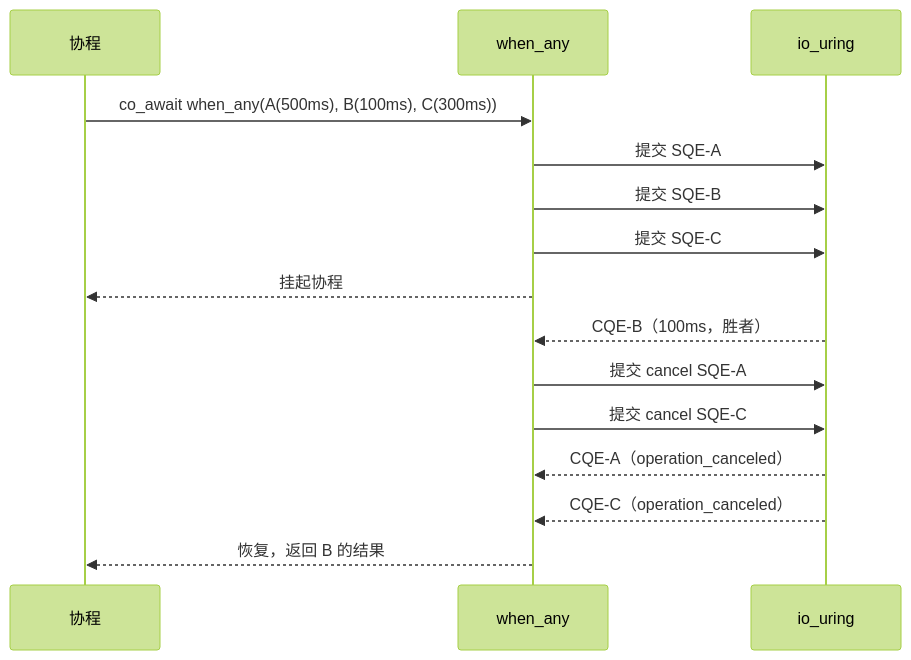
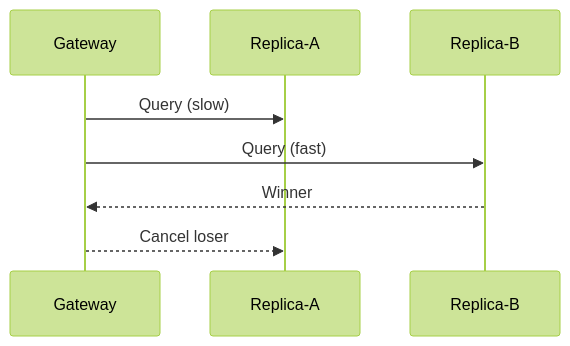
Before and after one commit to Doomjustin/blog: the first of 2 diagrams in docs/tutorial/09_when_any.md, drawn with Mermaid (forest theme). The commit also changed other lines of this file and 16 other files, not shown here.

````diff
--- a/docs/tutorial/09_when_any.md
+++ b/docs/tutorial/09_when_any.md
@@ -172,19 +17,11 @@
 ```mermaid
 sequenceDiagram
-    participant C as 协程
-    participant W as when_any
-    participant R as io_uring
+    participant G as Gateway
+    participant A as Replica-A
+    participant B as Replica-B
 
-    C->>W: co_await when_any(A(500ms), B(100ms), C(300ms))
-    W->>R: 提交 SQE-A
-    W->>R: 提交 SQE-B
-    W->>R: 提交 SQE-C
-    W-->>C: 挂起协程
-
-    R-->>W: CQE-B（100ms，胜者）
-    W->>R: 提交 cancel SQE-A
-    W->>R: 提交 cancel SQE-C
-    R-->>W: CQE-A（operation_canceled）
-    R-->>W: CQE-C（operation_canceled）
-    W-->>C: 恢复，返回 B 的结果
+    G->>A: Query (slow)
+    G->>B: Query (fast)
+    B-->>G: Winner
+    G-->>A: Cancel loser
 ```
````
